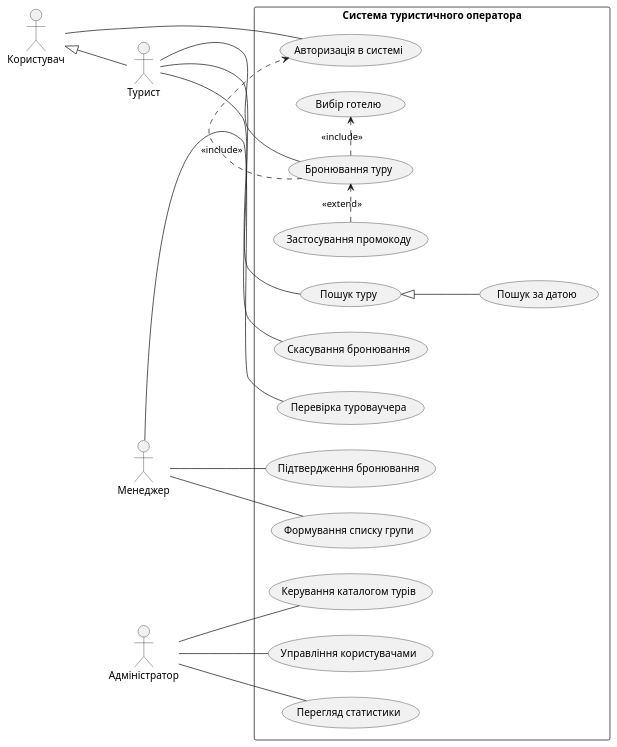
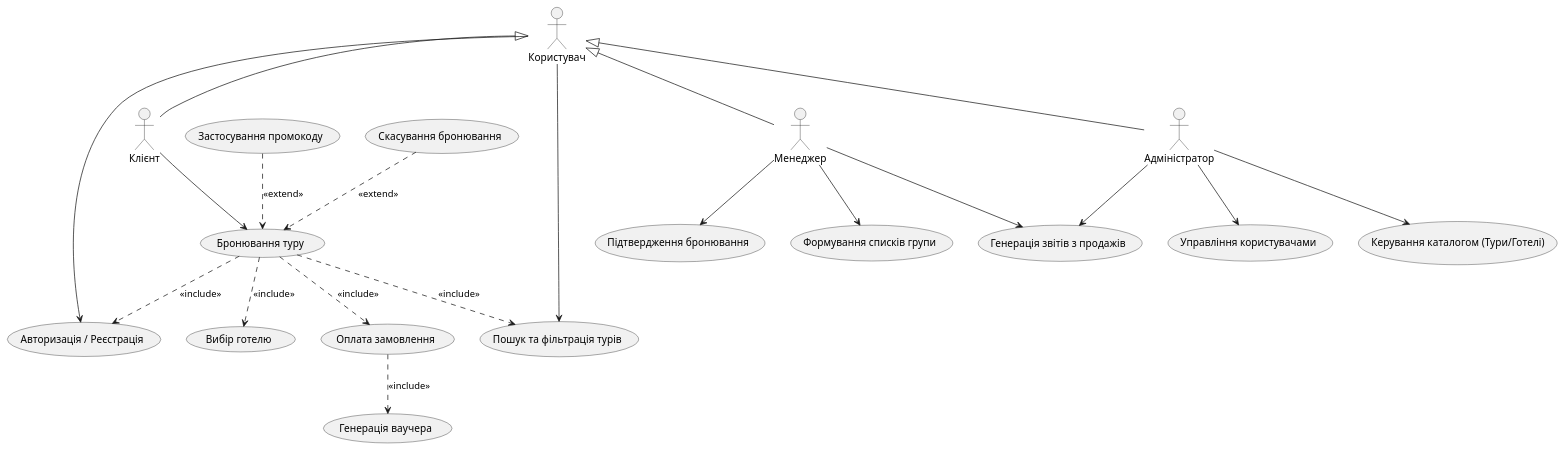
One commit to Julietkaaaaaaaa/php.lab1 changed the diagram in docs/use_case.puml. Above: the diagram before and after it, drawn with PlantUML. The commit also changed 4 other files, not shown here.

Commit message:
Update use case and class diagrams based on new requirements

```diff
--- a/docs/use_case.puml
+++ b/docs/use_case.puml
@@ -1,57 +1,61 @@
 @startuml
-left to right direction
-skinparam packageStyle rectangle
+top to bottom direction
 
-' Актори 
-actor "Користувач" as user
-actor "Турист" as tourist
-actor "Менеджер" as manager
-actor "Адміністратор" as admin
+actor "Користувач" as User
+actor "Клієнт" as Client
+actor "Менеджер" as Manager
+actor "Адміністратор" as Admin
 
-' Узагальнення акторів 
-tourist -up-|> user
+' Спадкування
+Client -up-|> User
+Manager -up-|> User
+Admin -up-|> User
 
-rectangle "Система туристичного оператора" {
-    
-    ' Сценарії для Користувача та Туриста (по 3 основні)
-    usecase "Авторизація в системі" as UC_Auth
-    usecase "Пошук туру" as UC_Search
-    usecase "Пошук за датою" as UC_SearchDate
-    usecase "Бронювання туру" as UC_Book
-    usecase "Вибір готелю" as UC_Hotel
-    usecase "Застосування промокоду" as UC_Promo
-    usecase "Скасування бронювання" as UC_Cancel
-    
-    ' Сценарії для Менеджера (3 сценарії)
-    usecase "Перевірка туроваучера" as UC_CheckVoucher
-    usecase "Підтвердження бронювання" as UC_Confirm
-    usecase "Формування списку групи" as UC_GroupList
-    
-    ' Сценарії для Адміністратора (3 сценарії)
-    usecase "Керування каталогом турів" as UC_ManageTours
-    usecase "Управління користувачами" as UC_ManageUsers
-    usecase "Перегляд статистики" as UC_Stats
-}
+' Базові дії 
+usecase "Авторизація / Реєстрація" as UC_Auth
+usecase "Пошук та фільтрація турів" as UC_Search
 
-' Зв'язки Асоціації (Актор -> Use Case)
-user -- UC_Auth
+' Дії Клієнта 
+usecase "Бронювання туру" as UC_Book
+usecase "Вибір готелю" as UC_Hotel
+usecase "Застосування промокоду" as UC_Promo
+usecase "Оплата замовлення" as UC_Pay
+usecase "Генерація ваучера" as UC_Voucher
+usecase "Скасування бронювання" as UC_Cancel
 
-tourist -- UC_Search
-tourist -- UC_Book
-tourist -- UC_Cancel
+' Дії персоналу
+usecase "Підтвердження бронювання" as UC_Confirm
+usecase "Формування списків групи" as UC_Group
+usecase "Генерація звітів з продажів" as UC_Report
+usecase "Керування каталогом (Тури/Готелі)" as UC_ManageTours
+usecase "Управління користувачами" as UC_ManageUsers
 
-manager -- UC_CheckVoucher
-manager -- UC_Confirm
-manager -- UC_GroupList
+' --- ЗВ'ЯЗКИ ---
 
-admin -- UC_ManageTours
-admin -- UC_ManageUsers
-admin -- UC_Stats
+User --> UC_Auth
+User --> UC_Search
 
-' Внутрішні зв'язки Use Cases (Include, Extend, Generalization)
-UC_Book .> UC_Auth : <<include>>
-UC_Book .> UC_Hotel : <<include>>
-UC_Promo .> UC_Book : <<extend>>
-UC_SearchDate -up-|> UC_Search
+' Клієнт ініціює Бронювання
+Client --> UC_Book
+
+UC_Book ..> UC_Auth : <<include>>
+UC_Book ..> UC_Search : <<include>>
+
+UC_Book ..> UC_Hotel : <<include>>
+UC_Book ..> UC_Pay : <<include>>
+UC_Pay ..> UC_Voucher : <<include>>
+
+UC_Cancel ..> UC_Book : <<extend>>
+UC_Promo ..> UC_Book : <<extend>>
+
+' Дії Менеджера
+Manager --> UC_Confirm
+Manager --> UC_Group
+Manager --> UC_Report
+
+' Дії Адміністратора
+Admin --> UC_ManageTours
+Admin --> UC_ManageUsers
+Admin --> UC_Report
 
 @enduml
```
